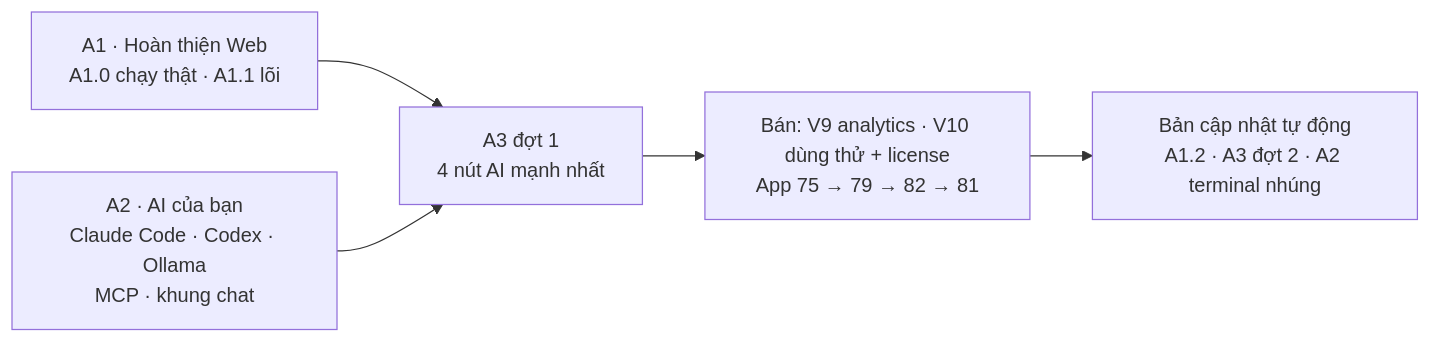
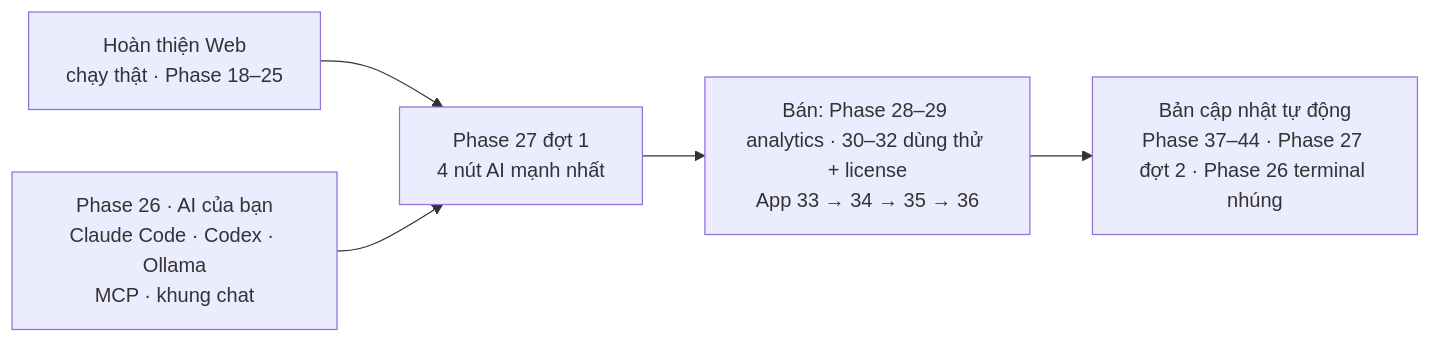
The diagram in docs/app/plan-ban-app.md (nvminhtu/niche-radar-docs), drawn with Mermaid before and after one commit. The commit also changed other lines of this file and 474 other files, not shown here.

````diff
--- a/docs/app/plan-ban-app.md
+++ b/docs/app/plan-ban-app.md
@@ -16,7 +17,7 @@
 ```mermaid
 flowchart LR
-  A1[A1 · Hoàn thiện Web<br/>A1.0 chạy thật · A1.1 lõi] --> A3a
-  A2[A2 · AI của bạn<br/>Claude Code · Codex · Ollama<br/>MCP · khung chat] --> A3a[A3 đợt 1<br/>4 nút AI mạnh nhất]
-  A3a --> SELL[Bán: V9 analytics · V10 dùng thử + license<br/>App 75 → 79 → 82 → 81]
-  SELL --> UPD[Bản cập nhật tự động<br/>A1.2 · A3 đợt 2 · A2 terminal nhúng]
+  HW[Hoàn thiện Web<br/>chạy thật · Phase 18–25] --> P27
+  P26[Phase 26 · AI của bạn<br/>Claude Code · Codex · Ollama<br/>MCP · khung chat] --> P27[Phase 27 đợt 1<br/>4 nút AI mạnh nhất]
+  P27 --> SELL[Bán: Phase 28–29 analytics · 30–32 dùng thử + license<br/>App 33 → 34 → 35 → 36]
+  SELL --> UPD[Bản cập nhật tự động<br/>Phase 37–44 · Phase 27 đợt 2 · Phase 26 terminal nhúng]
 ```
````
